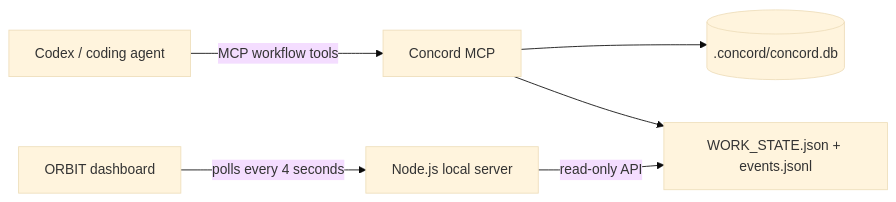
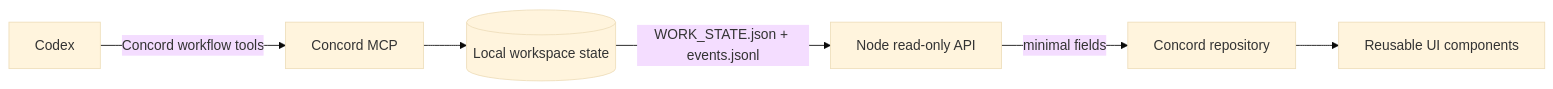
Before and after one commit to Mash-Light/concord-mcp-codex-demo: the diagram in README.md, drawn with Mermaid (base theme). The commit also changed other lines of this file and 12 other files, not shown here.

Commit message:
Redesign ORBIT Concord mission control

````diff
--- a/README.md
+++ b/README.md
@@ -15,8 +21,8 @@
 ```mermaid
 flowchart LR
-    A[Codex / coding agent] -->|MCP workflow tools| B[Concord MCP]
-    B --> C[(.concord/concord.db)]
-    B --> D[WORK_STATE.json + events.jsonl]
-    E[Node.js local server] -->|read-only API| D
-    F[ORBIT dashboard] -->|polls every 4 seconds| E
+    A[Codex] -->|Concord workflow tools| B[Concord MCP]
+    B --> C[(Local workspace state)]
+    C -->|WORK_STATE.json + events.jsonl| D[Node read-only API]
+    D -->|minimal fields| E[Concord repository]
+    E --> F[Reusable UI components]
 ```
````
